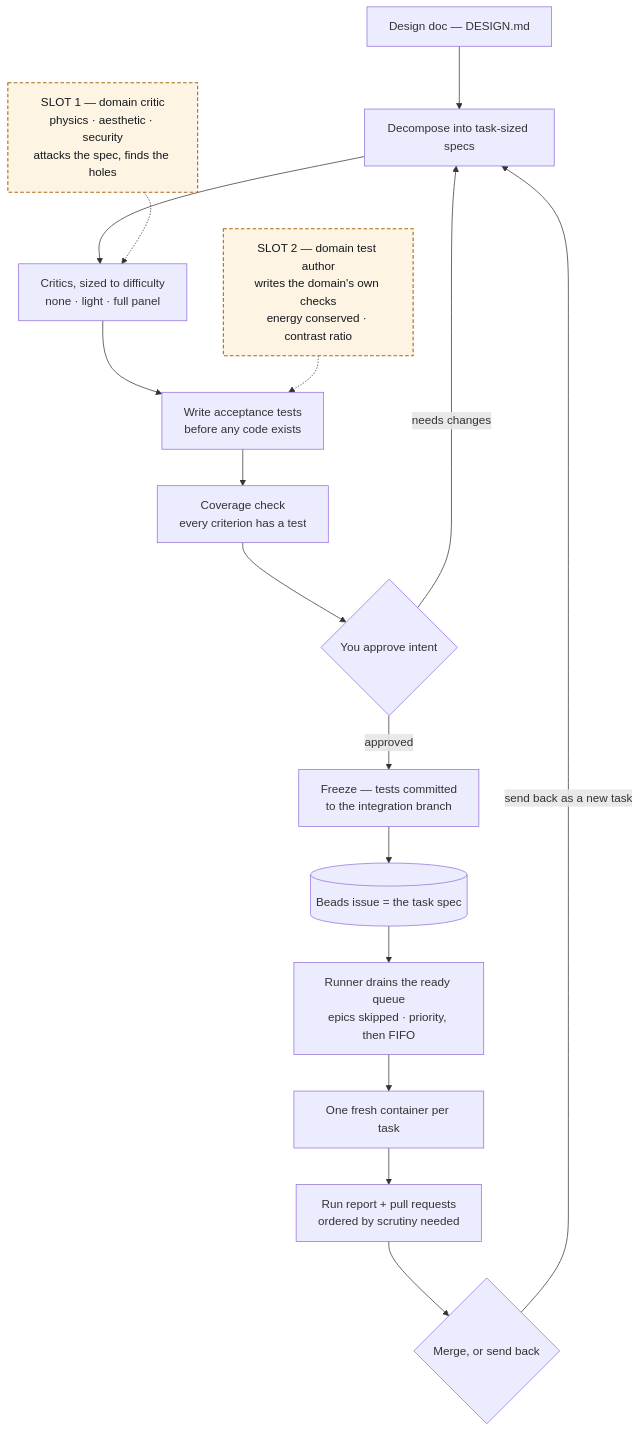
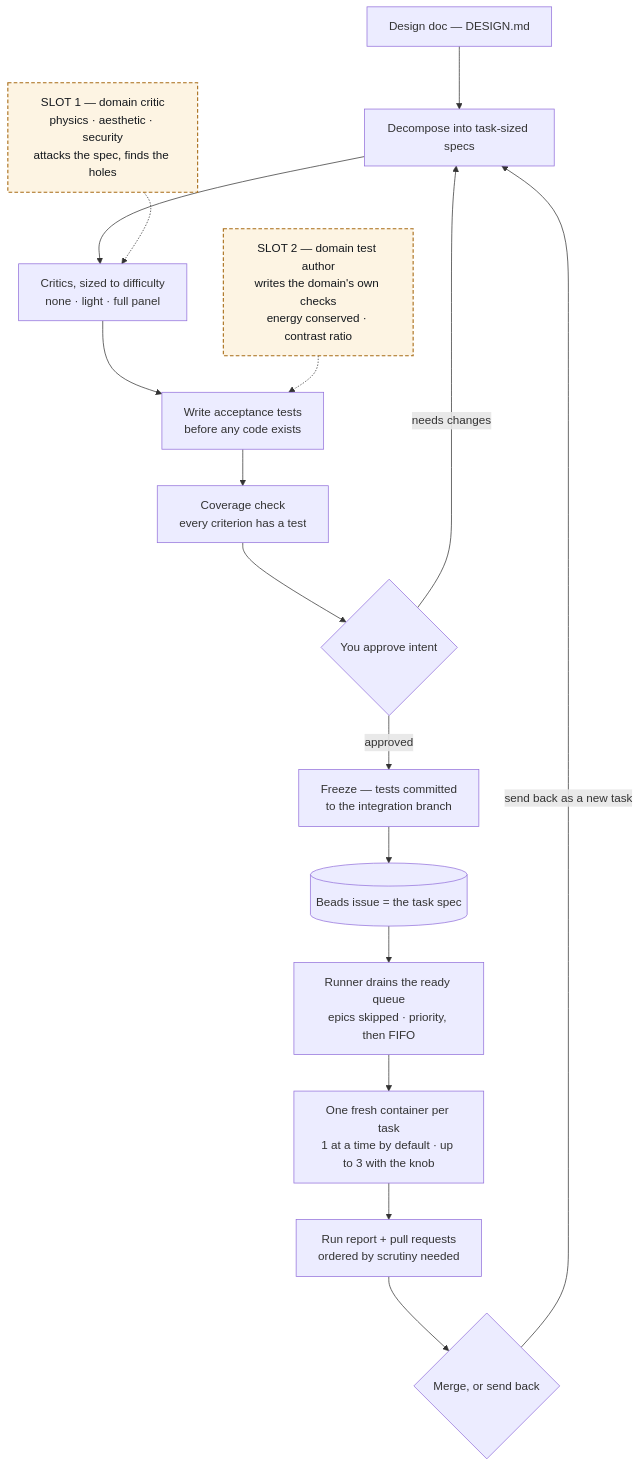
Before and after one commit to Chadleewalker/Multi-AgentPipelines: the first of 5 diagrams in docs/pipeline-diagram.md, drawn with Mermaid. The commit also changed other lines of this file and 4 other files, not shown here.

````diff
--- a/docs/pipeline-diagram.md
+++ b/docs/pipeline-diagram.md
@@ -14,21 +14,21 @@
 ```mermaid
 flowchart TB
   A["Design doc — DESIGN.md"] --> B["Decompose into task-sized specs"]
   B --> C["Critics, sized to difficulty<br/>none · light · full panel"]
   SP1["SLOT 1 — domain critic<br/>physics · aesthetic · security<br/>attacks the spec, finds the holes"] -.-> C
   C --> D["Write acceptance tests<br/>before any code exists"]
   SP2["SLOT 2 — domain test author<br/>writes the domain's own checks<br/>energy conserved · contrast ratio"] -.-> D
   D --> E["Coverage check<br/>every criterion has a test"]
   E --> F{"You approve intent"}
   F -->|"needs changes"| B
   F -->|"approved"| G["Freeze — tests committed<br/>to the integration branch"]
   G --> H[("Beads issue = the task spec")]
   H --> I["Runner drains the ready queue<br/>epics skipped · priority, then FIFO"]
-  I --> J["One fresh container per task"]
+  I --> J["One fresh container per task<br/>1 at a time by default · up to 3 with the knob"]
   J --> K["Run report + pull requests<br/>ordered by scrutiny needed"]
   K --> L{"Merge, or send back"}
   L -->|"send back as a new task"| B
 
   classDef specialist fill:#fdf4e3,stroke:#a86c17,stroke-width:1.5px,stroke-dasharray:5 3,color:#14181d
   class SP1,SP2 specialist
 ```
````
